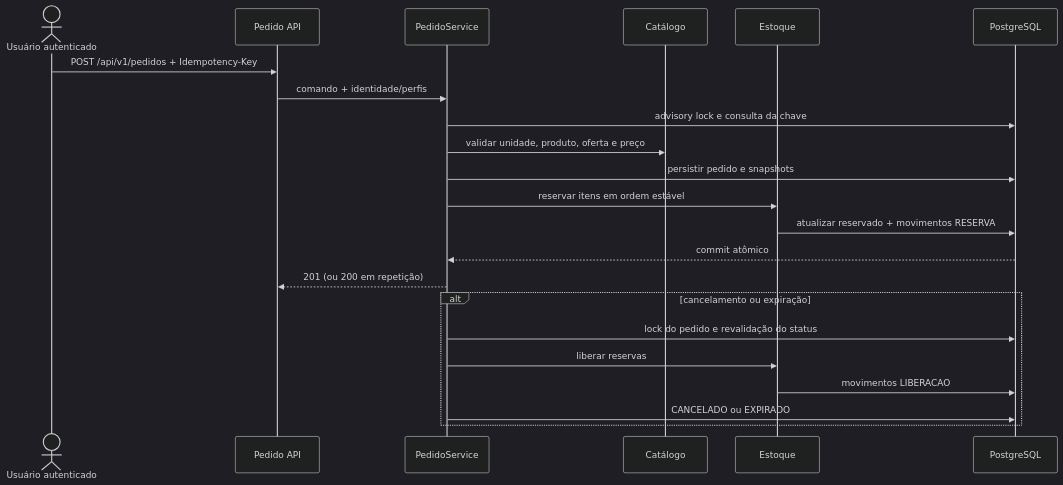
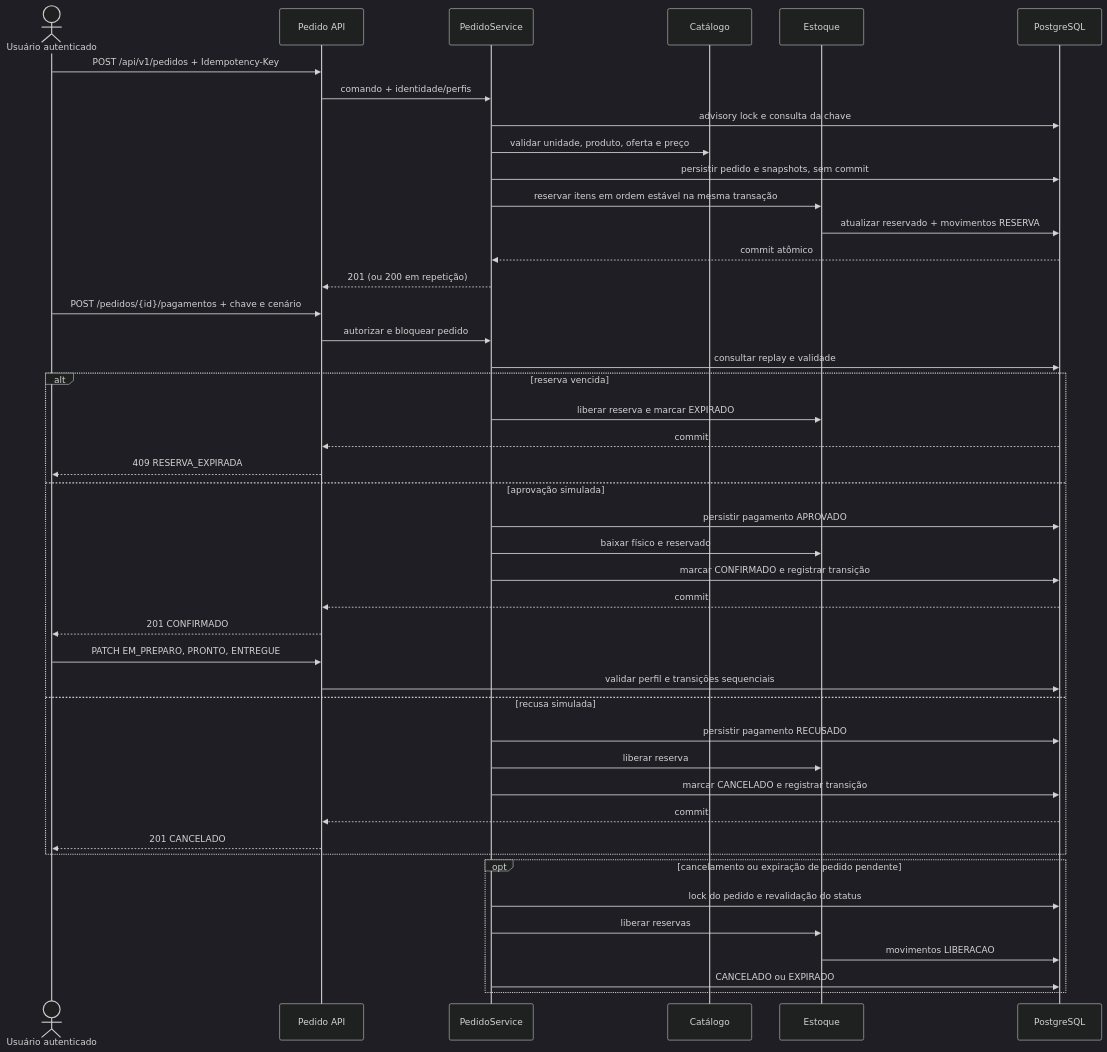
One commit to 1guilherme1python1/raizes-do-nordeste changed the diagram in docs/architecture/diagrams/order-reservation-sequence.mmd. Above: the diagram before and after it, drawn with Mermaid (dark theme). The commit also changed 41 other files, not shown here.

```diff
--- a/docs/architecture/diagrams/order-reservation-sequence.mmd
+++ b/docs/architecture/diagrams/order-reservation-sequence.mmd
@@ -1,23 +1,46 @@
 sequenceDiagram
     actor U as Usuário autenticado
     participant API as Pedido API
     participant P as PedidoService
     participant C as Catálogo
     participant E as Estoque
     participant DB as PostgreSQL
     U->>API: POST /api/v1/pedidos + Idempotency-Key
     API->>P: comando + identidade/perfis
     P->>DB: advisory lock e consulta da chave
     P->>C: validar unidade, produto, oferta e preço
-    P->>DB: persistir pedido e snapshots
-    P->>E: reservar itens em ordem estável
+    P->>DB: persistir pedido e snapshots, sem commit
+    P->>E: reservar itens em ordem estável na mesma transação
     E->>DB: atualizar reservado + movimentos RESERVA
     DB-->>P: commit atômico
     P-->>API: 201 (ou 200 em repetição)
 
-    alt cancelamento ou expiração
+    U->>API: POST /pedidos/{id}/pagamentos + chave e cenário
+    API->>P: autorizar e bloquear pedido
+    P->>DB: consultar replay e validade
+    alt reserva vencida
+        P->>E: liberar reserva e marcar EXPIRADO
+        DB-->>API: commit
+        API-->>U: 409 RESERVA_EXPIRADA
+    else aprovação simulada
+        P->>DB: persistir pagamento APROVADO
+        P->>E: baixar físico e reservado
+        P->>DB: marcar CONFIRMADO e registrar transição
+        DB-->>API: commit
+        API-->>U: 201 CONFIRMADO
+        U->>API: PATCH EM_PREPARO, PRONTO, ENTREGUE
+        API->>DB: validar perfil e transições sequenciais
+    else recusa simulada
+        P->>DB: persistir pagamento RECUSADO
+        P->>E: liberar reserva
+        P->>DB: marcar CANCELADO e registrar transição
+        DB-->>API: commit
+        API-->>U: 201 CANCELADO
+    end
+
+    opt cancelamento ou expiração de pedido pendente
         P->>DB: lock do pedido e revalidação do status
         P->>E: liberar reservas
         E->>DB: movimentos LIBERACAO
         P->>DB: CANCELADO ou EXPIRADO
     end
```
